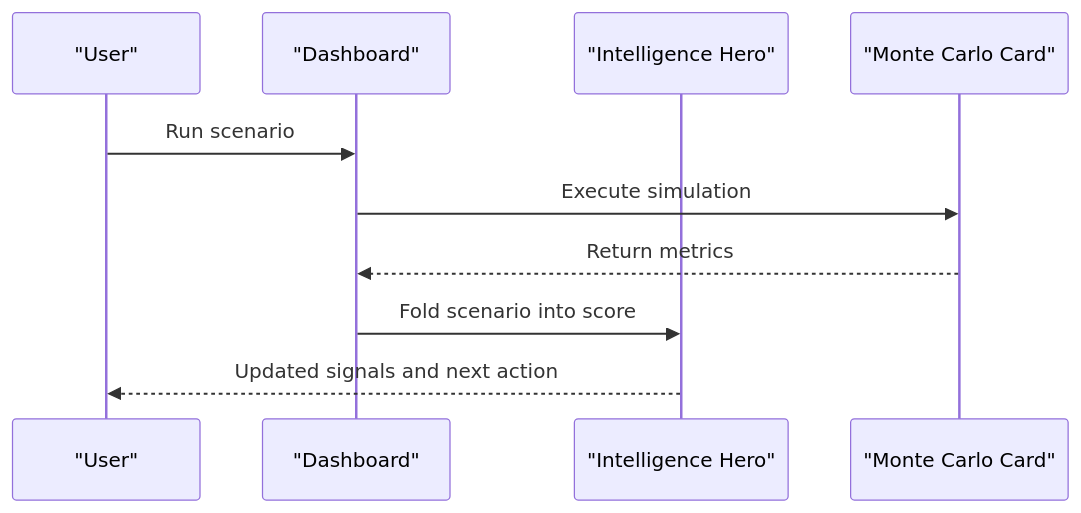
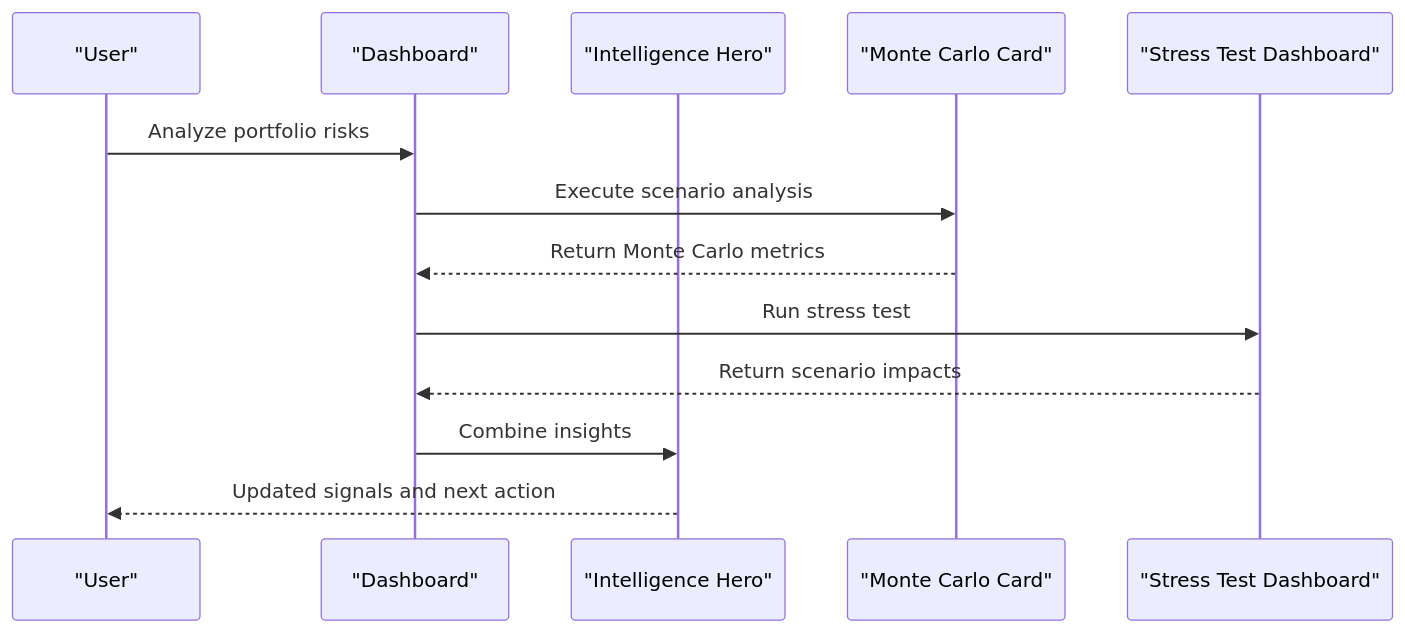
Before and after one commit to ecryptoguru/lyraalpha: diagram 11 of 12 in .qoder/repowiki/en/content/Core Features/Portfolio Management/Portfolio Management.md, drawn with Mermaid. The commit also changed other lines of this file and 95 other files, not shown here.

````diff
--- a/.qoder/repowiki/en/content/Core Features/Portfolio Management/Portfolio Management.md
+++ b/.qoder/repowiki/en/content/Core Features/Portfolio Management/Portfolio Management.md
@@ -337,12 +453,15 @@
 ```mermaid
 sequenceDiagram
 participant User as "User"
 participant Dashboard as "Dashboard"
 participant Intelligence as "Intelligence Hero"
 participant MC as "Monte Carlo Card"
-User->>Dashboard : Run scenario
-Dashboard->>MC : Execute simulation
-MC-->>Dashboard : Return metrics
-Dashboard->>Intelligence : Fold scenario into score
+participant Stress as "Stress Test Dashboard"
+User->>Dashboard : Analyze portfolio risks
+Dashboard->>MC : Execute scenario analysis
+MC-->>Dashboard : Return Monte Carlo metrics
+Dashboard->>Stress : Run stress test
+Stress-->>Dashboard : Return scenario impacts
+Dashboard->>Intelligence : Combine insights
 Intelligence-->>User : Updated signals and next action
 ```
````
